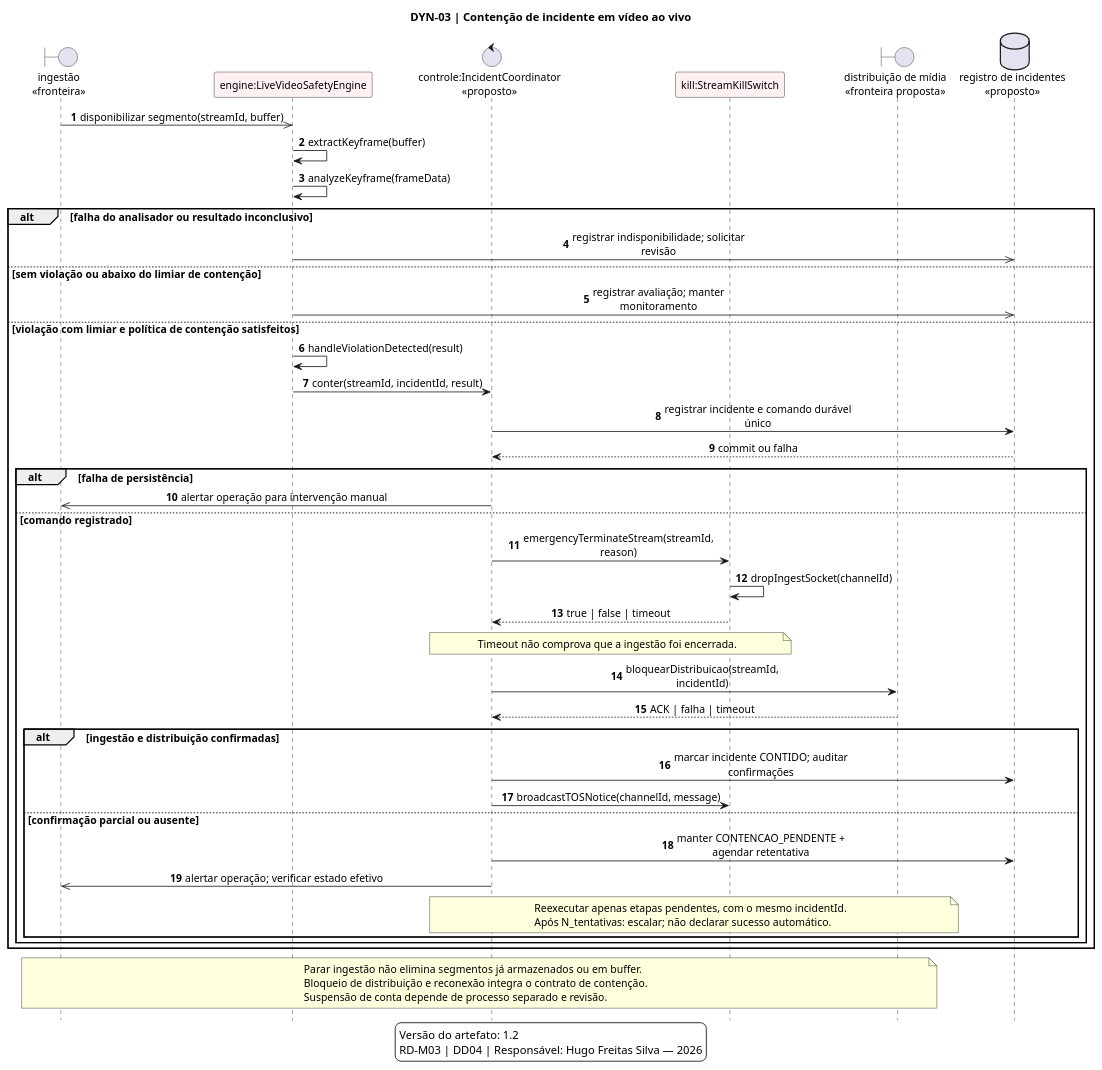
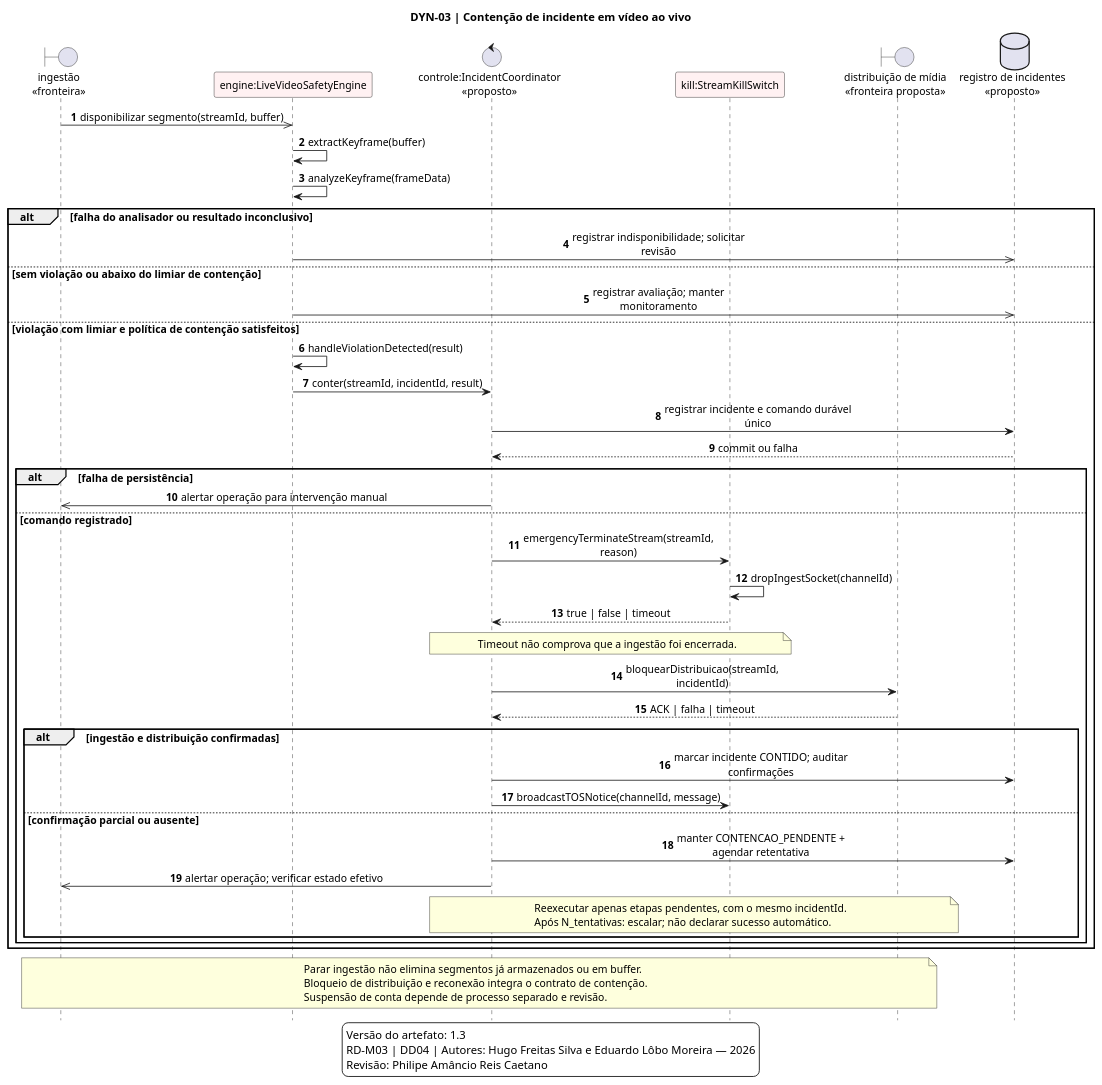
Before and after one commit to UnBArqDsw2026-2-Turma01/2026.2-T01-_G6_ProjetoStreamingVideo_Entrega_02: the diagram in docs/Base/Relatórios/1.1.3.SubEquipe_03/assets/src/dyn-03-sequencia-seguranca-video.puml, drawn with PlantUML. The commit also changed 23 other files, not shown here.

```diff
--- a/docs/Base/Relatórios/1.1.3.SubEquipe_03/assets/src/dyn-03-sequencia-seguranca-video.puml
+++ b/docs/Base/Relatórios/1.1.3.SubEquipe_03/assets/src/dyn-03-sequencia-seguranca-video.puml
@@ -1,61 +1,62 @@
 @startuml
 title DYN-03 | Contenção de incidente em vídeo ao vivo
 skinparam defaultFontName Arial
 skinparam backgroundColor #FFFFFF
 skinparam defaultFontSize 13
 skinparam shadowing false
 skinparam maxMessageSize 260
 skinparam sequenceMessageAlign center
 skinparam ParticipantBackgroundColor #FFF1F2
 hide footbox
 autonumber
 boundary "ingestão\n«fronteira»" as I
 participant "engine:LiveVideoSafetyEngine" as E
 control "controle:IncidentCoordinator\n«proposto»" as C
 participant "kill:StreamKillSwitch" as K
 boundary "distribuição de mídia\n«fronteira proposta»" as D
 database "registro de incidentes\n«proposto»" as A
 I ->> E : disponibilizar segmento(streamId, buffer)
 E -> E : extractKeyframe(buffer)
 E -> E : analyzeKeyframe(frameData)
 alt falha do analisador ou resultado inconclusivo
   E ->> A : registrar indisponibilidade; solicitar revisão
 else sem violação ou abaixo do limiar de contenção
   E ->> A : registrar avaliação; manter monitoramento
 else violação com limiar e política de contenção satisfeitos
   E -> E : handleViolationDetected(result)
   E -> C : conter(streamId, incidentId, result)
   C -> A : registrar incidente e comando durável único
   A --> C : commit ou falha
   alt falha de persistência
     C ->> I : alertar operação para intervenção manual
   else comando registrado
     C -> K : emergencyTerminateStream(streamId, reason)
     K -> K : dropIngestSocket(channelId)
     K --> C : true | false | timeout
     note over C,K : Timeout não comprova que a ingestão foi encerrada.
     C -> D : bloquearDistribuicao(streamId, incidentId)
     D --> C : ACK | falha | timeout
     alt ingestão e distribuição confirmadas
       C -> A : marcar incidente CONTIDO; auditar confirmações
       C -> K : broadcastTOSNotice(channelId, message)
     else confirmação parcial ou ausente
       C -> A : manter CONTENCAO_PENDENTE + agendar retentativa
       C ->> I : alertar operação; verificar estado efetivo
       note over C,D
         Reexecutar apenas etapas pendentes, com o mesmo incidentId.
         Após N_tentativas: escalar; não declarar sucesso automático.
       end note
     end
   end
 end
 note over I,D
   Parar ingestão não elimina segmentos já armazenados ou em buffer.
   Bloqueio de distribuição e reconexão integra o contrato de contenção.
   Suspensão de conta depende de processo separado e revisão.
 end note
 legend bottom
-  Versão do artefato: 1.2
-  RD-M03 | DD04 | Responsável: Hugo Freitas Silva — 2026
+  Versão do artefato: 1.3
+  RD-M03 | DD04 | Autores: Hugo Freitas Silva e Eduardo Lôbo Moreira — 2026
+  Revisão: Philipe Amâncio Reis Caetano
 endlegend
 @enduml
```
